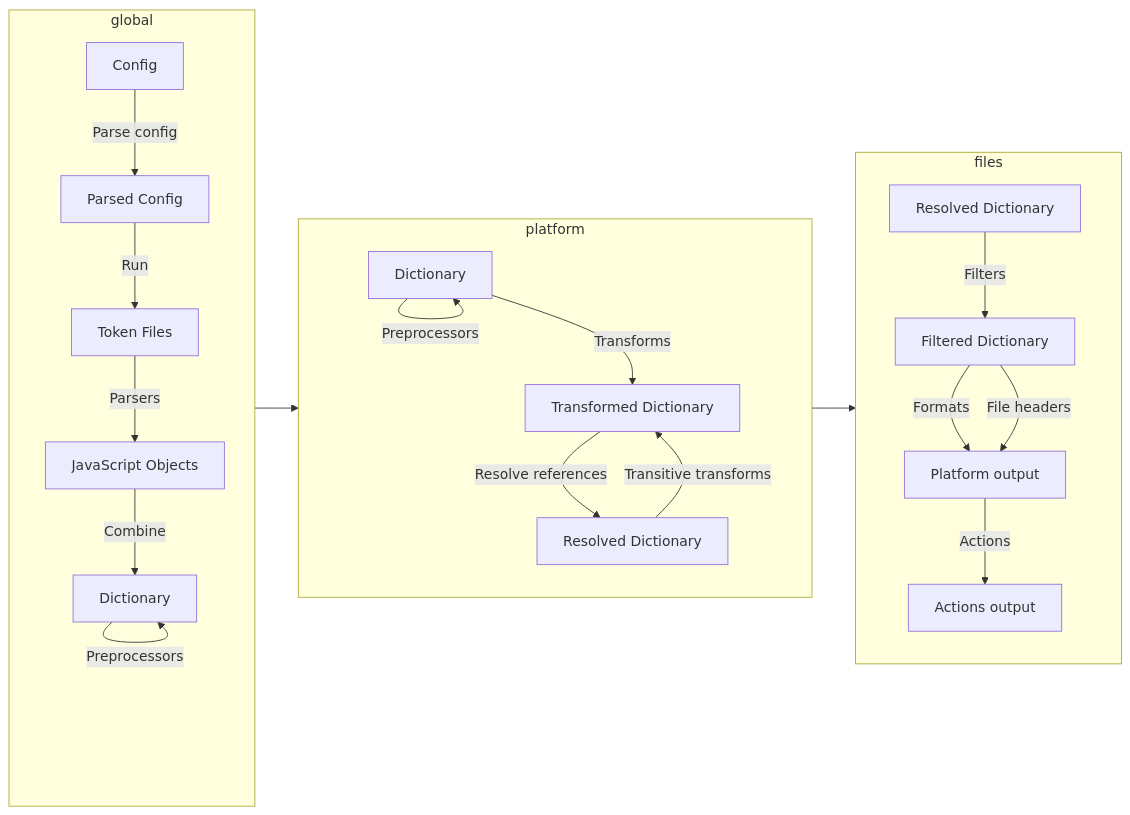
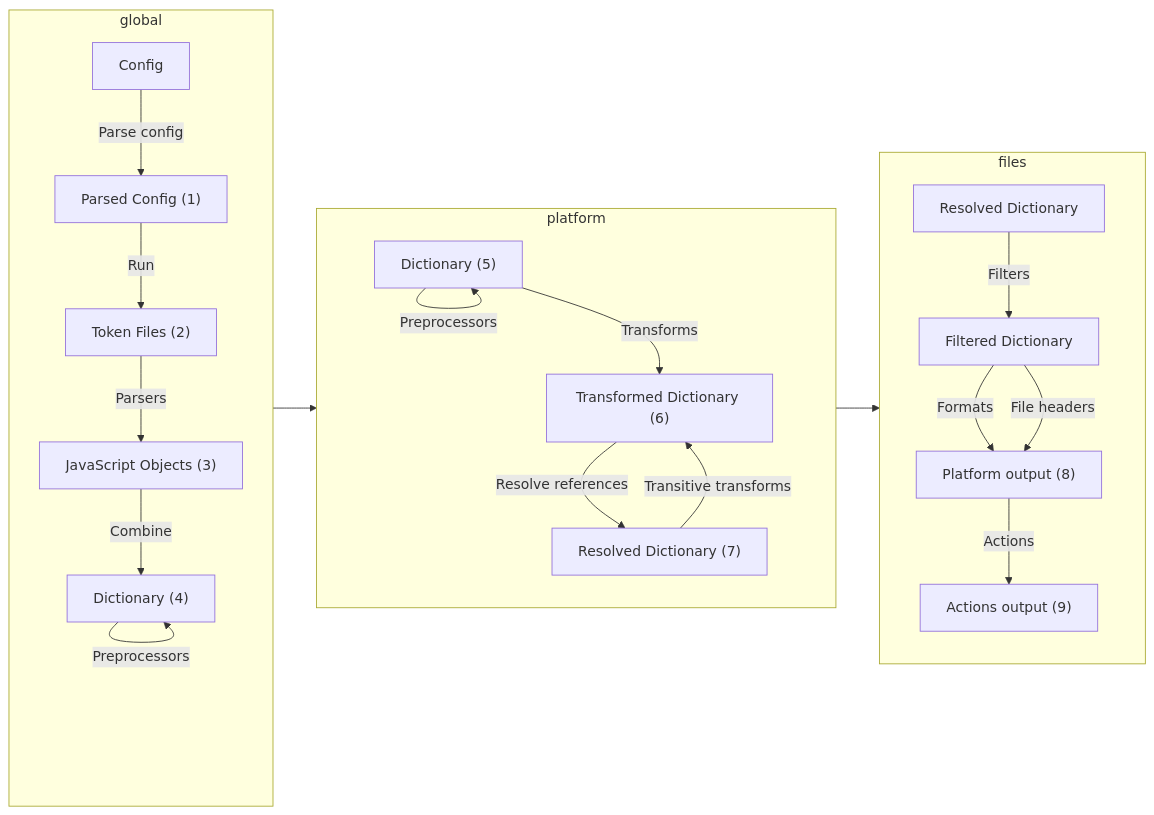
Before and after one commit to amzn/style-dictionary: the diagram in docs/src/content/docs/info/architecture.md, drawn with Mermaid.

Commit message:
chore: add numbers to linked nodes in mermaid diagram

````diff
--- a/docs/src/content/docs/info/architecture.md
+++ b/docs/src/content/docs/info/architecture.md
@@ -9,37 +9,37 @@
 ```mermaid
 flowchart LR
     subgraph global
         direction TB
         Z[Config] -->|Parse config| X
-        X[Parsed Config] -->|Run| A
-        A[Token Files] -->|Parsers| B
-        B[JavaScript Objects] -->|Combine| C
-        C[Dictionary] -->|Preprocessors| C
+        X["Parsed Config (1)"] -->|Run| A
+        A["Token Files (2)"] -->|Parsers| B
+        B["JavaScript Objects (3)"] -->|Combine| C
+        C["Dictionary (4)"] -->|Preprocessors| C
         click X "#1-parse-the-config" "Explanation about parsing config"
         click A "#2-find-all-token-files" "Explanation about finding tokens files"
         click B "#3-parse-token-files" "Explanation about parsing tokens files"
         click C "#4-deep-merge-token-files" "Explanation about deep merging tokens into a dictionary"
     end
 
     subgraph platform
         direction TB
-        D[Dictionary] -->|Preprocessors| D
+        D["Dictionary (5)"] -->|Preprocessors| D
         D -->|Transforms| E
-        E[Transformed Dictionary] -->|Resolve references| F
-        F[Resolved Dictionary] -->|Transitive transforms| E
+        E["Transformed Dictionary (6)"] -->|Resolve references| F
+        F["Resolved Dictionary (7)"] -->|Transitive transforms| E
         click D "#5-run-preprocessors-over-the-dictionary" "Explanation about preprocessing the dictionary"
         click E "#6-transform-the-tokens" "Explanation about transforming tokens"
         click F "#7-resolve-aliases--references-to-other-values" "Explanation about token references resolution"
     end
 
     subgraph files
         direction TB
         G[Resolved Dictionary] --> |Filters| H
         H[Filtered Dictionary] --> |Formats| I
         H[Filtered Dictionary] --> |File headers| I
-        I[Platform output] --> |Actions| J[Actions output]
+        I["Platform output (8)"] --> |Actions| J["Actions output (9)"]
         click I "#8-format-the-tokens-into-files" "Explanation about formatting tokens to output files"
         click J "#9-run-actions" "Explanation about running actions"
     end
     global --> platform --> files
 ```
````
